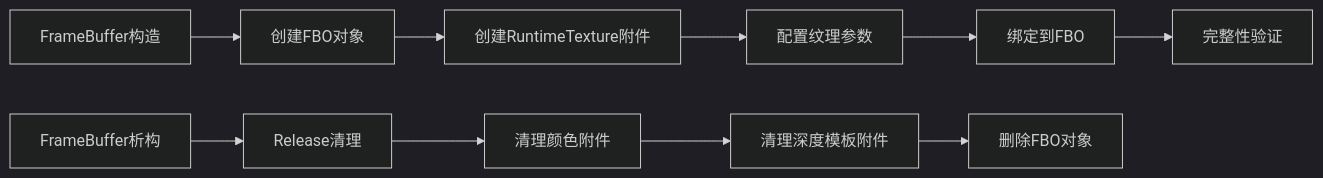
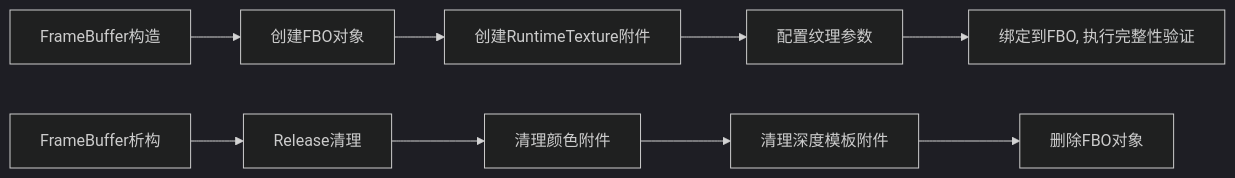
Diagram 13 of 32 in Design.md (mite085/MiteEngine), drawn with Mermaid (dark theme) before and after one commit. The commit also changed other lines of this file, not shown here.

`````diff
--- a/Design.md
+++ b/Design.md
@@ -796,14 +802,13 @@
 ```mermaid
 flowchart LR
     A[FrameBuffer构造]
     A --> C[创建FBO对象]
     C --> D[创建RuntimeTexture附件]
     D --> E[配置纹理参数]
-    E --> F[绑定到FBO]
-    F --> G[完整性验证]
+    E --> F[绑定到FBO, 执行完整性验证]
     
     H[FrameBuffer析构] --> I[Release清理]
     I --> J[清理颜色附件]
     J --> K[清理深度模板附件]
     K --> L[删除FBO对象]
 ````
`````
